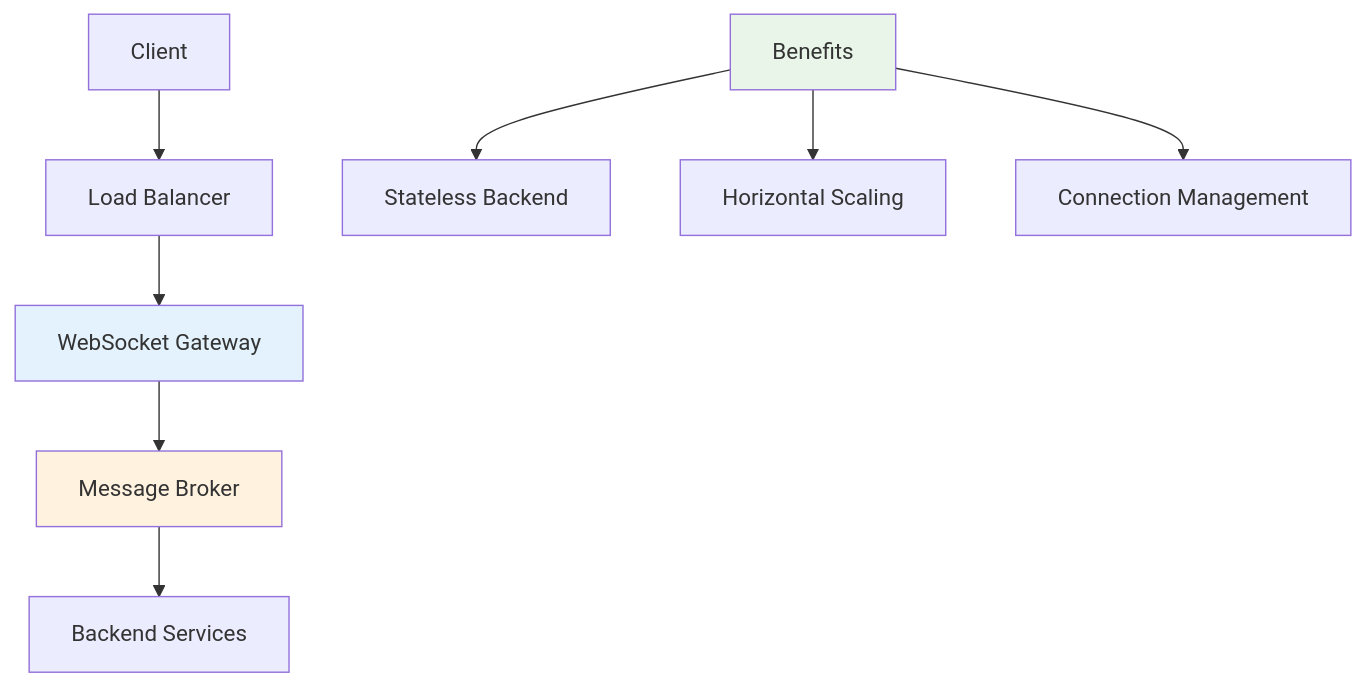
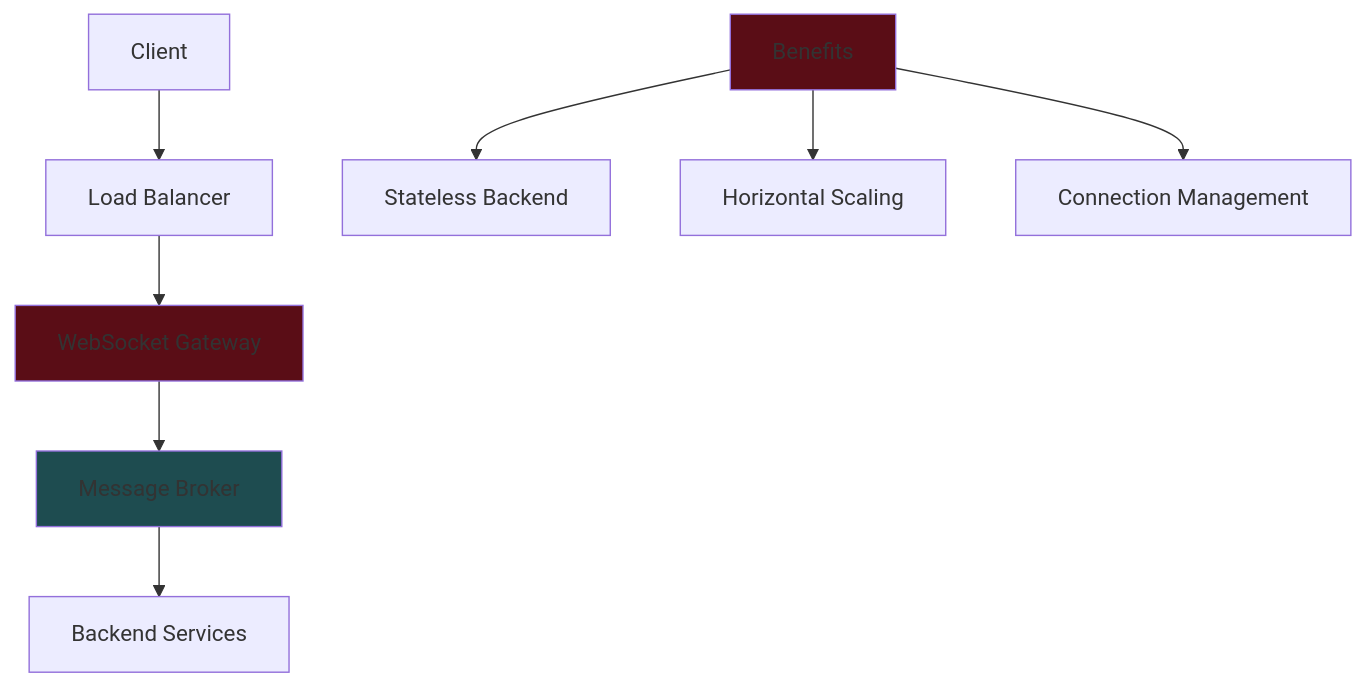
One commit to ahmedrzakhan/system-design-notes changed diagram 13 of 21 in fundamentals/core_concepts.md. Above: the diagram before and after it, drawn with Mermaid. The commit also changed other lines of this file, not shown here.

````diff
--- a/fundamentals/core_concepts.md
+++ b/fundamentals/core_concepts.md
@@ -349,15 +349,15 @@
 ```mermaid
 graph TD
     A[Client] --> B[Load Balancer]
     B --> C[WebSocket Gateway]
     C --> D[Message Broker]
     D --> E[Backend Services]
 
     F[Benefits] --> G[Stateless Backend]
     F --> H[Horizontal Scaling]
     F --> I[Connection Management]
 
-    style C fill:#e3f2fd
-    style D fill:#fff3e0
-    style F fill:#e8f5e8
+    style C fill:#5A0D16
+    style D fill:#1E4C50
+    style F fill:#5A0D16
 ```
````
